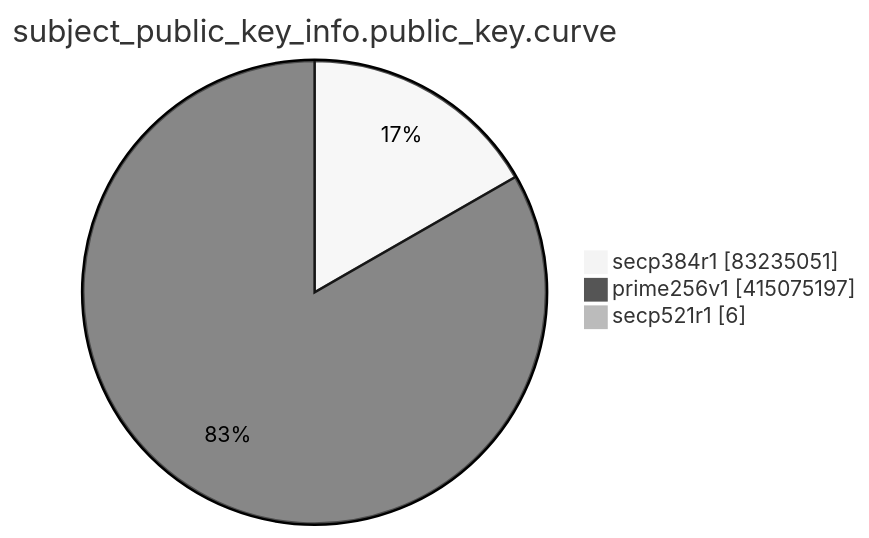
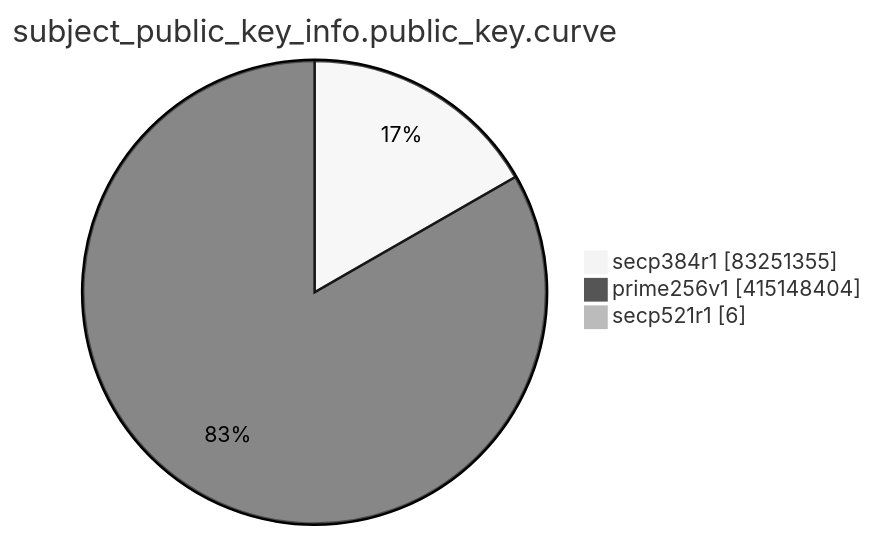
One commit to christiankrug/ctmonitor_visualization changed the eighth of 15 diagrams in TOTAL/README.md. Above: the diagram before and after it, drawn with Mermaid (neutral theme). The commit also changed other lines of this file, not shown here.

````diff
--- a/TOTAL/README.md
+++ b/TOTAL/README.md
@@ -3098,7 +3098,7 @@
 ```mermaid
 pie showData
 title subject_public_key_info.public_key.curve
-"secp384r1" :83235051
-"prime256v1" :415075197
+"secp384r1" :83251355
+"prime256v1" :415148404
 "secp521r1" :6
 ```
````
